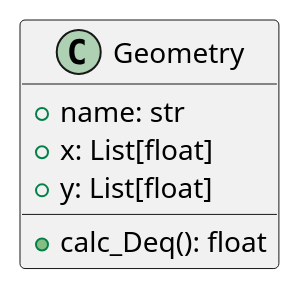
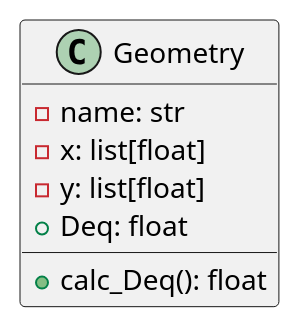
One commit to JLipnerPitt/ECE2774-ADV-POWER-SYSTEMS-ANALYSIS changed the sixth of 10 diagrams in project2.plantuml. Above: the diagram before and after it, drawn with PlantUML. The commit also changed other lines of this file, not shown here.

```diff
--- a/project2.plantuml
+++ b/project2.plantuml
@@ -92,9 +107,10 @@
 @startuml Geometry
 class Geometry {
-    +name: str
-    +x: List[float]
-    +y: List[float]
+    -name: str
+    -x: list[float]
+    -y: list[float]
+    +Deq: float
 
     +calc_Deq(): float
 }
 @enduml
```
